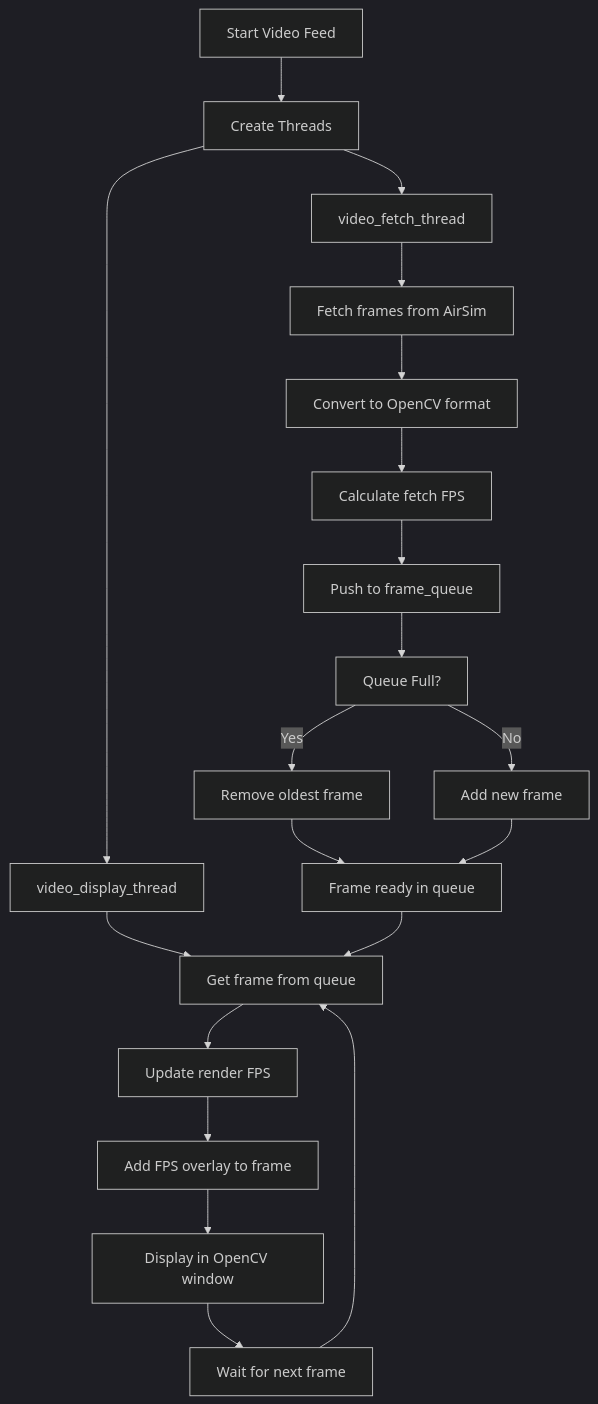
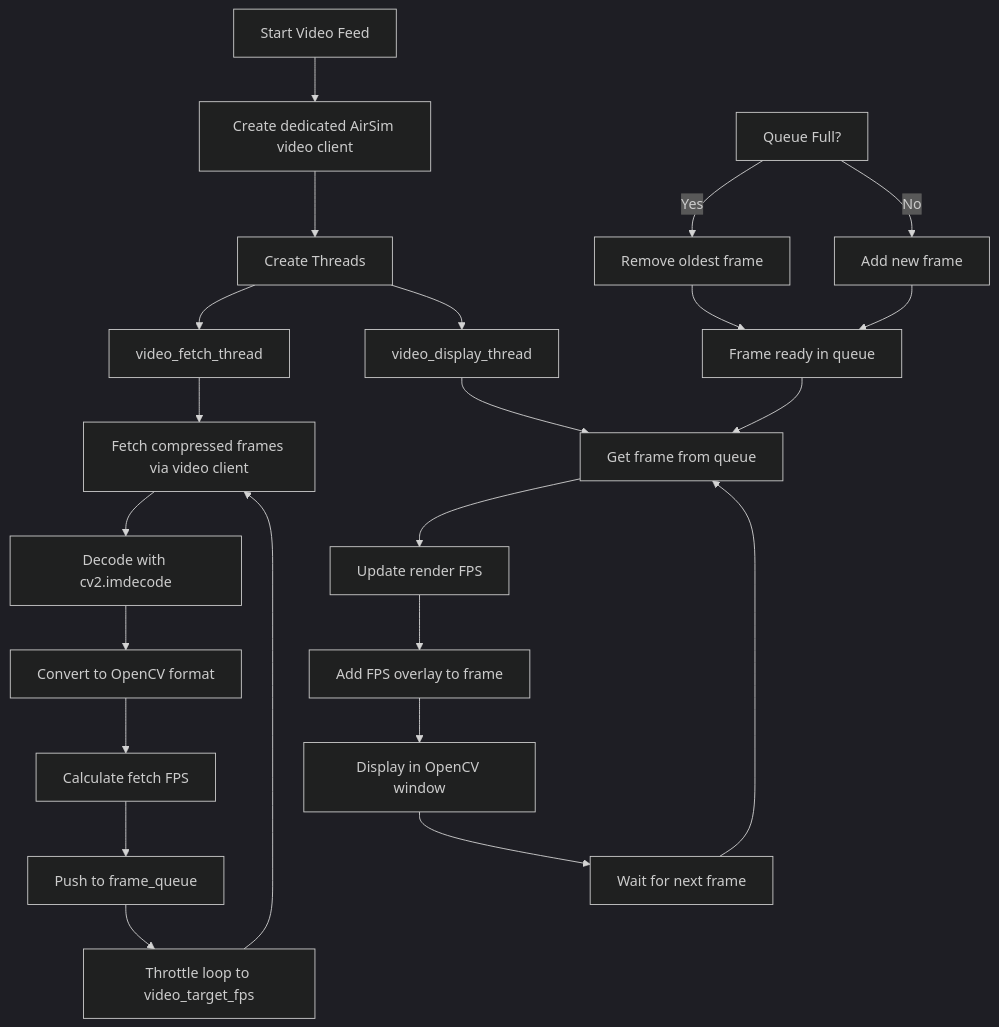
One commit to ammarmalik17/px4-airsim-ros2-control changed the diagram in docs/camera_pipeline.md. Above: the diagram before and after it, drawn with Mermaid (dark theme). The commit also changed other lines of this file and 3 other files, not shown here.

````diff
--- a/docs/camera_pipeline.md
+++ b/docs/camera_pipeline.md
@@ -11,22 +13,25 @@
 ```mermaid
 graph TD
-    A[Start Video Feed] --> B[Create Threads]
+    A[Start Video Feed] --> A2[Create dedicated AirSim video client]
+    A2 --> B[Create Threads]
     B --> C[video_fetch_thread]
     B --> D[video_display_thread]
-    C --> E[Fetch frames from AirSim]
-    E --> F[Convert to OpenCV format]
+    C --> E[Fetch compressed frames via video client]
+    E --> E2[Decode with cv2.imdecode]
+    E2 --> F[Convert to OpenCV format]
     F --> G[Calculate fetch FPS]
     G --> H[Push to frame_queue]
-    H --> I[Queue Full?]
-    I -->|Yes| J[Remove oldest frame]
+    H --> P2[Throttle loop to video_target_fps]
+    P2 --> E
+    I[Queue Full?] -->|Yes| J[Remove oldest frame]
     I -->|No| K[Add new frame]
     J --> L[Frame ready in queue]
     K --> L
     D --> M[Get frame from queue]
     M --> N[Update render FPS]
     N --> O[Add FPS overlay to frame]
     O --> P[Display in OpenCV window]
     P --> Q[Wait for next frame]
     Q --> M
     L --> M
 ```
````
